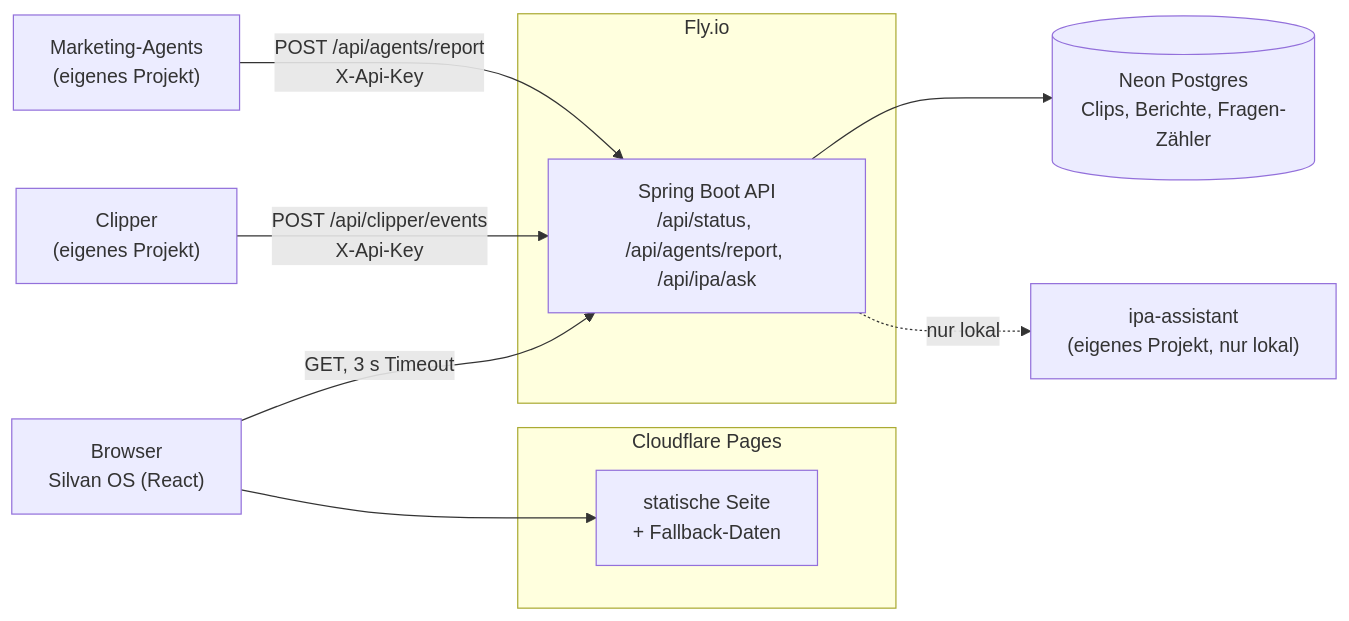
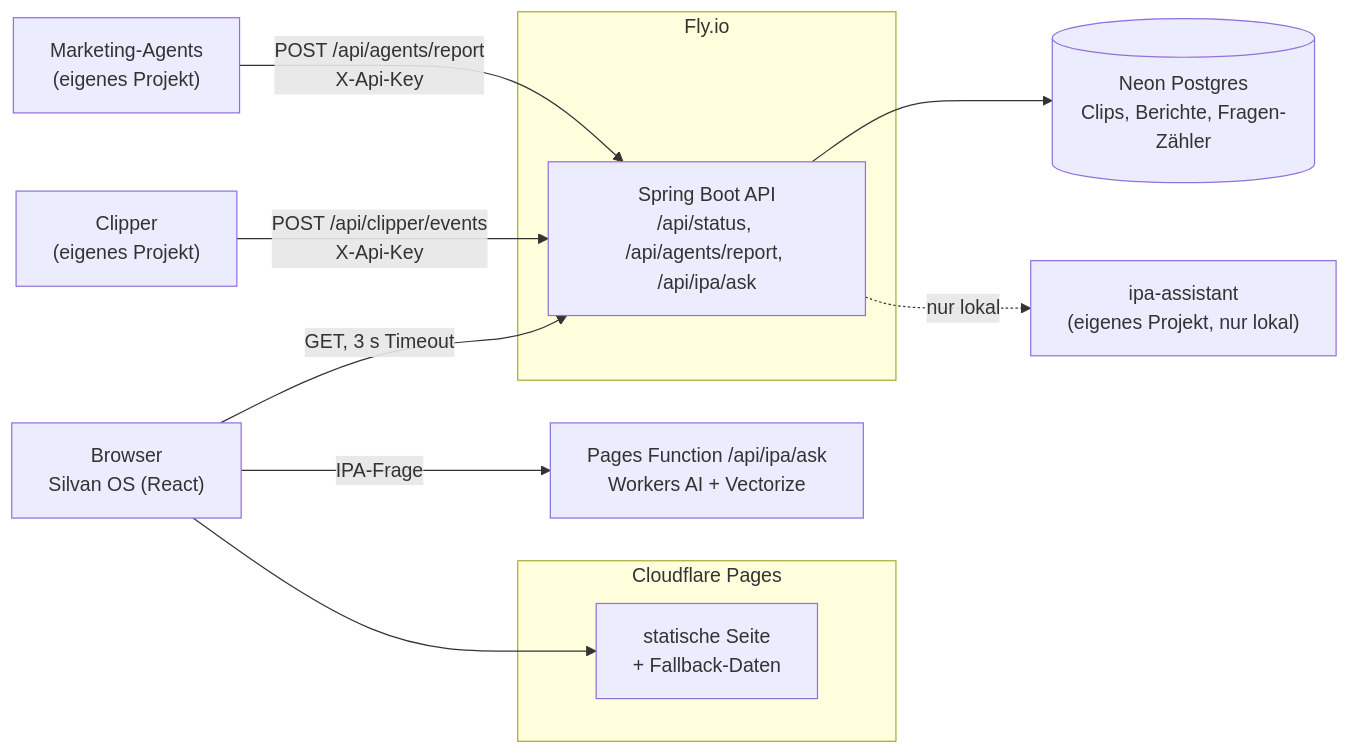
Before and after one commit to sibro73/silvan-brors-portfolio-os: the diagram in README.md, drawn with Mermaid. The commit also changed other lines of this file and 7 other files, not shown here.

````diff
--- a/README.md
+++ b/README.md
@@ -20,21 +20,23 @@
 ```mermaid
 flowchart LR
   Browser["Browser<br/>Silvan OS (React)"]
   subgraph Cloudflare["Cloudflare Pages"]
     Static["statische Seite<br/>+ Fallback-Daten"]
   end
   subgraph Fly["Fly.io"]
     API["Spring Boot API<br/>/api/status, /api/agents/report, /api/ipa/ask"]
   end
   DB[("Neon Postgres<br/>Clips, Berichte, Fragen-Zähler")]
+  IpaFn["Pages Function /api/ipa/ask<br/>Workers AI + Vectorize"]
   Clipper["Clipper<br/>(eigenes Projekt)"]
   Agents["Marketing-Agents<br/>(eigenes Projekt)"]
   IPA["ipa-assistant<br/>(eigenes Projekt, nur lokal)"]
 
   Browser --> Static
+  Browser -- "IPA-Frage" --> IpaFn
   Browser -- "GET, 3 s Timeout" --> API
   Clipper -- "POST /api/clipper/events<br/>X-Api-Key" --> API
   Agents -- "POST /api/agents/report<br/>X-Api-Key" --> API
   API --> DB
   API -. "nur lokal" .-> IPA
 ```
````
